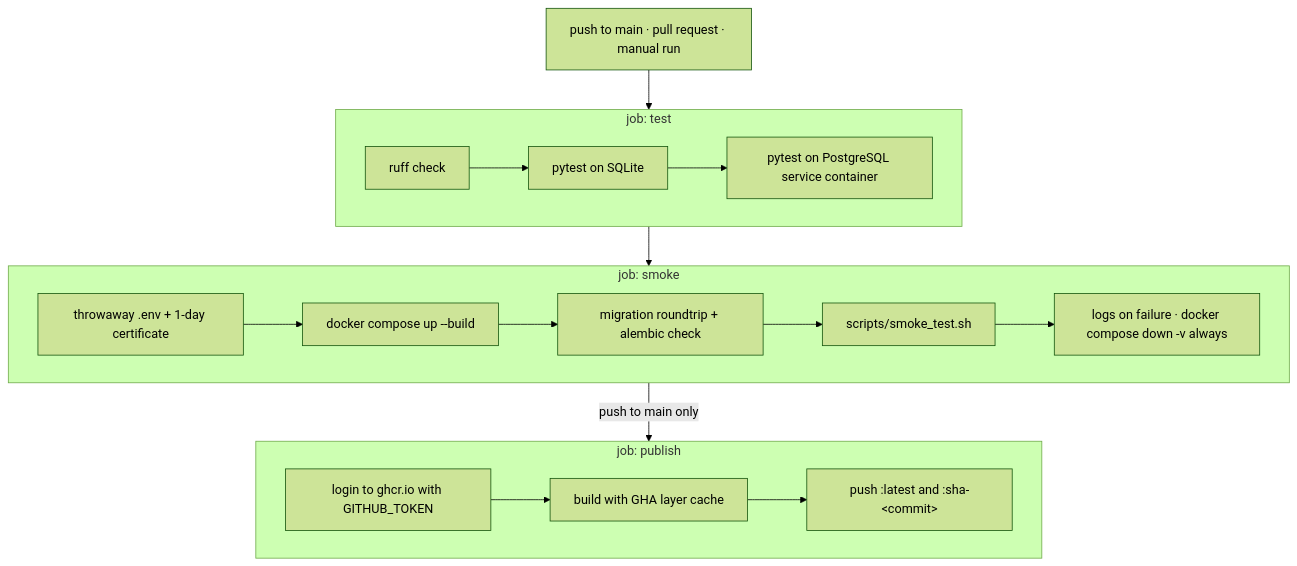
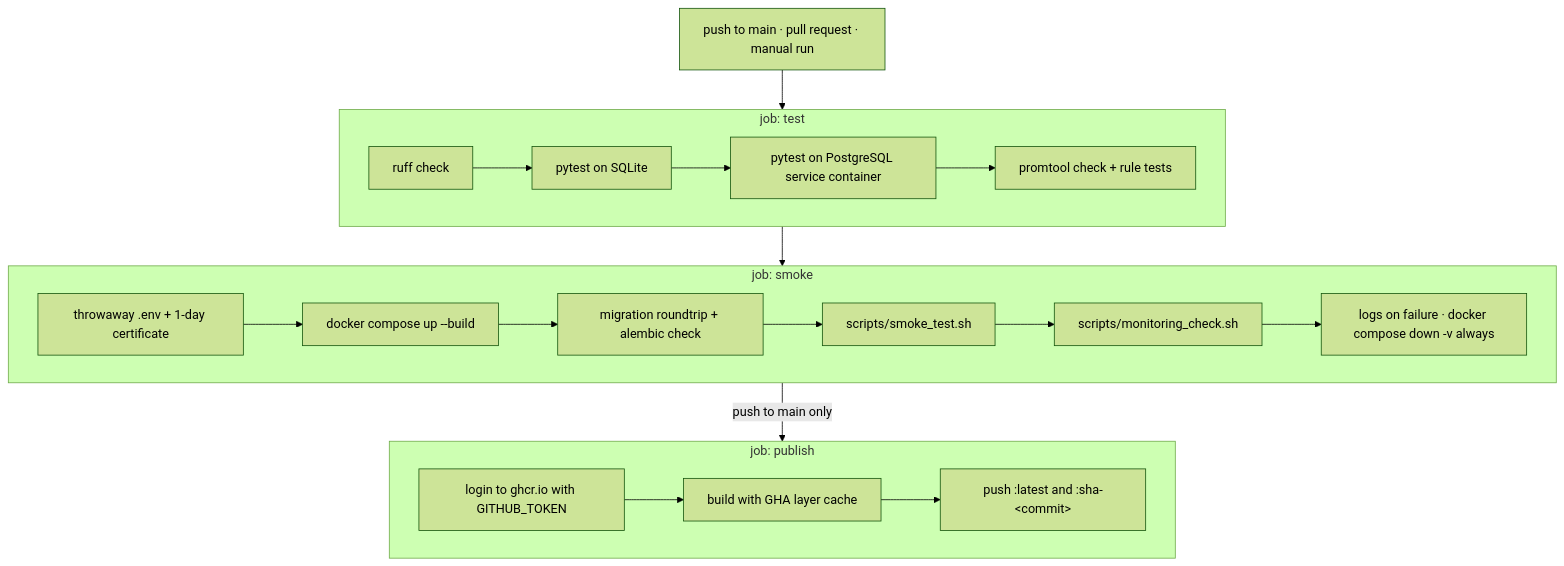
One commit to aabdridho/personal-cloud-storage changed the diagram in docs/testing-and-ci.md. Above: the diagram before and after it, drawn with Mermaid (forest theme). The commit also changed other lines of this file and 26 other files, not shown here.

````diff
--- a/docs/testing-and-ci.md
+++ b/docs/testing-and-ci.md
@@ -69,17 +82,17 @@
 ```mermaid
 flowchart TD
     trigger["push to main · pull request · manual run"] --> test
     subgraph test [job: test]
-        t1[ruff check] --> t2[pytest on SQLite] --> t3[pytest on PostgreSQL service container]
+        t1[ruff check] --> t2[pytest on SQLite] --> t3[pytest on PostgreSQL service container] --> t4[promtool check + rule tests]
     end
     test --> smoke
     subgraph smoke [job: smoke]
         s1[throwaway .env + 1-day certificate] --> s2[docker compose up --build]
-        s2 --> s3[migration roundtrip + alembic check] --> s4[scripts/smoke_test.sh]
-        s4 --> s5[logs on failure · docker compose down -v always]
+        s2 --> s3[migration roundtrip + alembic check] --> s4[scripts/smoke_test.sh] --> s6[scripts/monitoring_check.sh]
+        s6 --> s5[logs on failure · docker compose down -v always]
     end
     smoke -->|push to main only| publish
     subgraph publish [job: publish]
         p1[login to ghcr.io with GITHUB_TOKEN] --> p2[build with GHA layer cache] --> p3["push :latest and :sha-&lt;commit&gt;"]
     end
 ```
````
